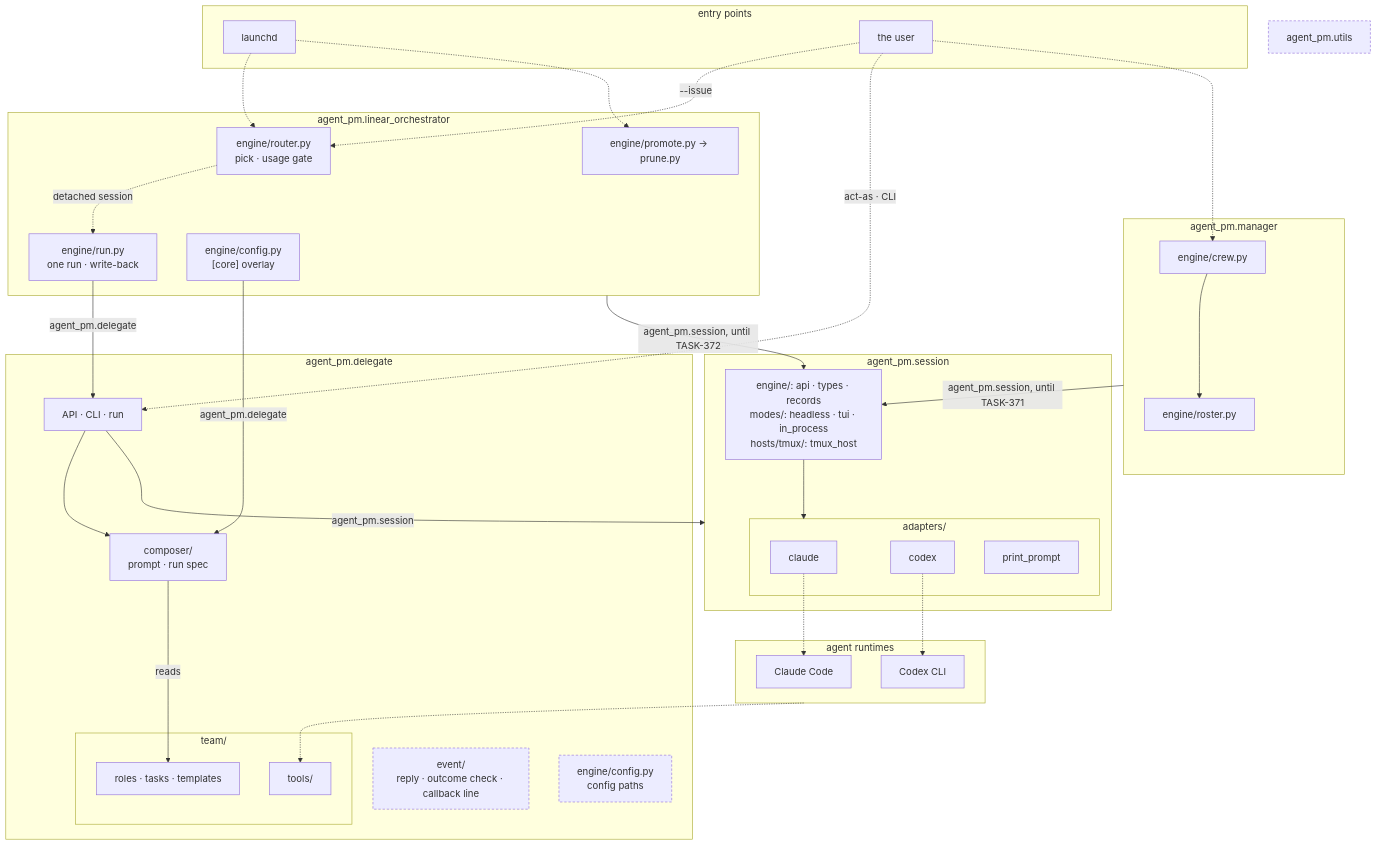
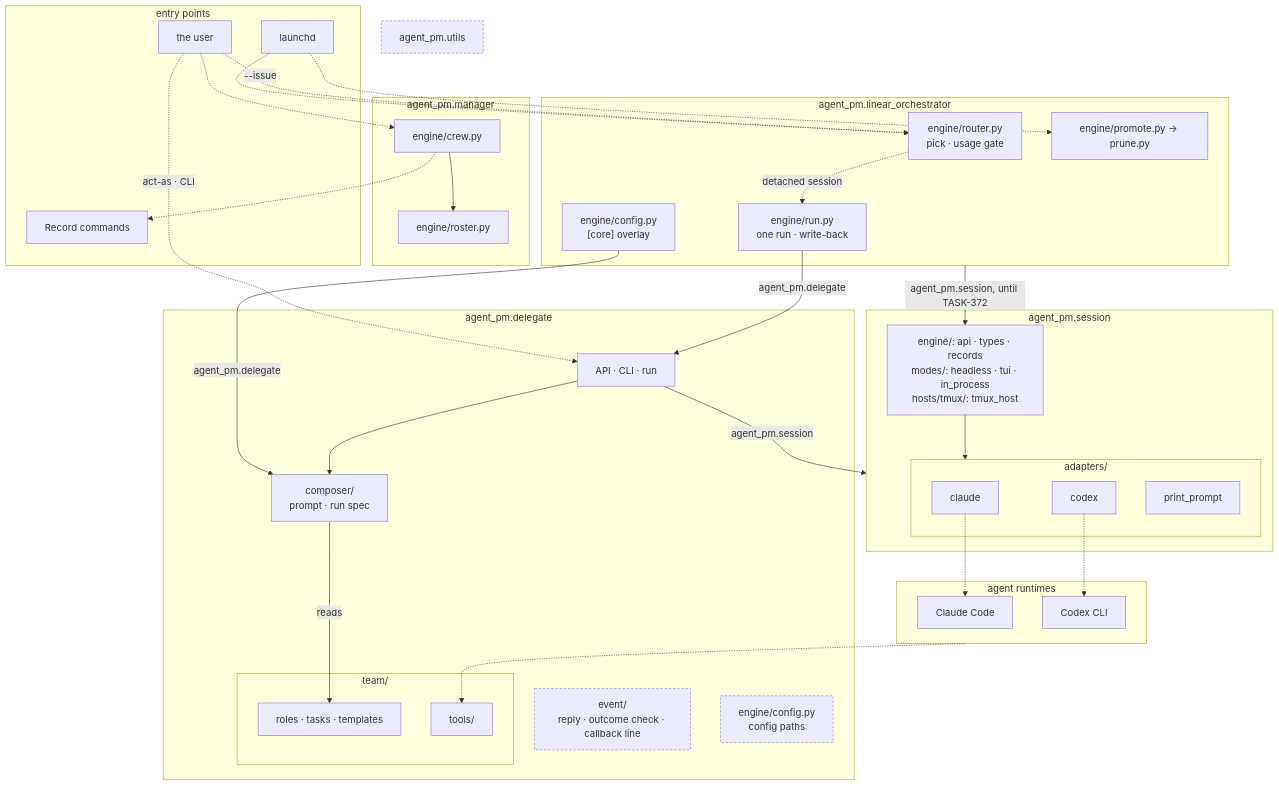
Before and after one commit to ophis/agent-pm: the second of 4 diagrams in README.md, drawn with Mermaid. The commit also changed other lines of this file and 9 other files, not shown here.

````diff
--- a/README.md
+++ b/README.md
@@ -18,57 +18,58 @@
 ```mermaid
 flowchart TB
   subgraph EN[entry points]
     LD[launchd]
     HU[the user]
+    CC[Record commands]
   end
   subgraph MG[agent_pm.manager]
     W["engine/crew.py"] --> RS["engine/roster.py"]
   end
   subgraph LO[agent_pm.linear_orchestrator]
     R["engine/router.py<br>pick · usage gate"]
     RU["engine/run.py<br>one run · write-back"]
     PP["engine/promote.py → prune.py"]
     LC["engine/config.py<br>[core] overlay"]
   end
   subgraph DL[agent_pm.delegate]
     D["API · CLI · run"]
     C["composer/<br>prompt · run spec"]
     EV["event/<br>reply · outcome check · callback line"]
     CF["engine/config.py<br>config paths"]
     subgraph TM[team/]
       T["roles · tasks · templates"]
       AT[tools/]
     end
   end
   subgraph SE[agent_pm.session]
     DR["engine/: api · types · records<br>modes/: headless · tui · in_process<br>hosts/tmux/: tmux_host"]
     subgraph AD[adapters/]
       CL[claude]
       CX[codex]
       PR[print_prompt]
     end
   end
   U[agent_pm.utils]
   subgraph RT[agent runtimes]
     P1[Claude Code]
     P2[Codex CLI]
   end
   LD -.-> R & PP
   HU -.->|"--issue"| R
   HU -.->|"act-as · CLI"| D
   HU -.-> W
   R -.->|detached session| RU
   RU -->|agent_pm.delegate| D
   LC -->|agent_pm.delegate| C
   LO -->|"agent_pm.session, until TASK-372"| DR
-  MG -->|"agent_pm.session, until TASK-371"| DR
+  W -.-> CC
   D --> C
   D -->|agent_pm.session| SE
   C -->|reads| T
   DR --> AD
   CL -.-> P1
   CX -.-> P2
   RT -.-> AT
   classDef shared stroke-dasharray: 4 3
   class EV,U,CF shared
 ```
````
